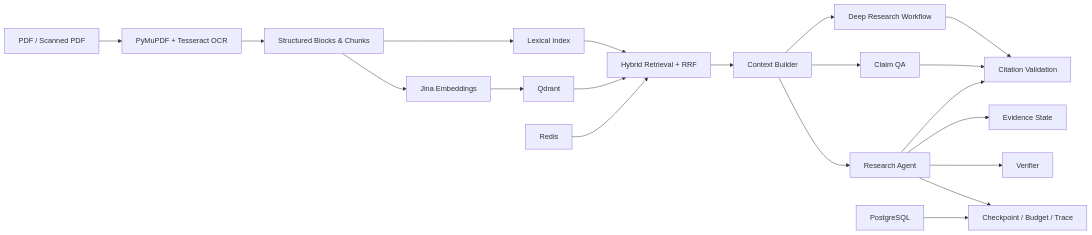
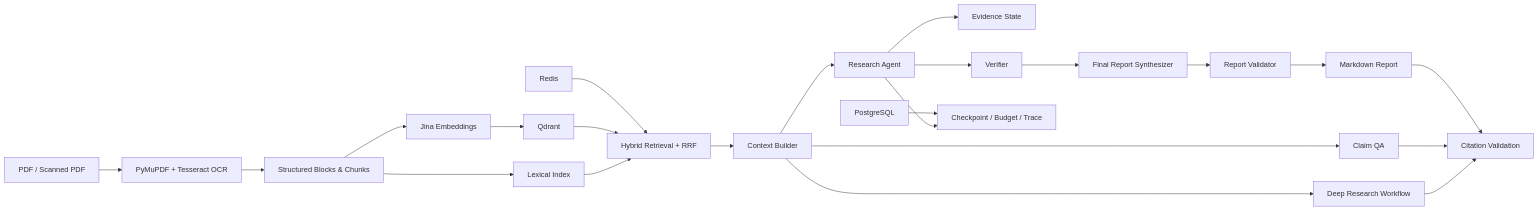
The first of 2 diagrams in README.md (zhangjf314/Research), drawn with Mermaid before and after one commit. The commit also changed other lines of this file and 7 other files, not shown here.

Commit message:
feat: synthesize final report from verified agent evidence

````diff
--- a/README.md
+++ b/README.md
@@ -32,22 +32,25 @@
 ```mermaid
 flowchart LR
     A["PDF / Scanned PDF"] --> B["PyMuPDF + Tesseract OCR"]
     B --> C["Structured Blocks & Chunks"]
     C --> D["Jina Embeddings"]
     C --> E["Lexical Index"]
     D --> F["Qdrant"]
     E --> G["Hybrid Retrieval + RRF"]
     F --> G
     G --> H["Context Builder"]
     H --> I["Claim QA"]
     H --> J["Deep Research Workflow"]
     H --> K["Research Agent"]
     K --> L["Evidence State"]
     K --> M["Verifier"]
     K --> N["Checkpoint / Budget / Trace"]
+    M --> R["Final Report Synthesizer"]
+    R --> S["Report Validator"]
+    S --> T["Markdown Report"]
     J --> O["Citation Validation"]
     I --> O
-    K --> O
+    T --> O
     P["PostgreSQL"] --> N
     Q["Redis"] --> G
 ```
````
